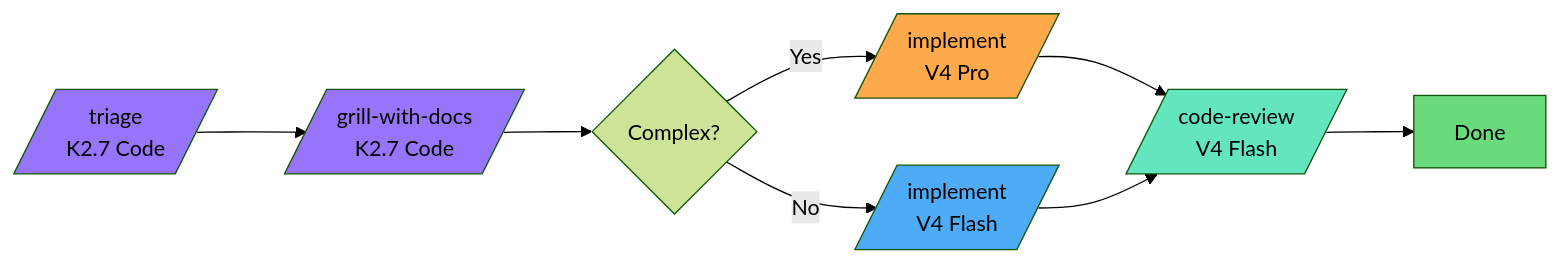
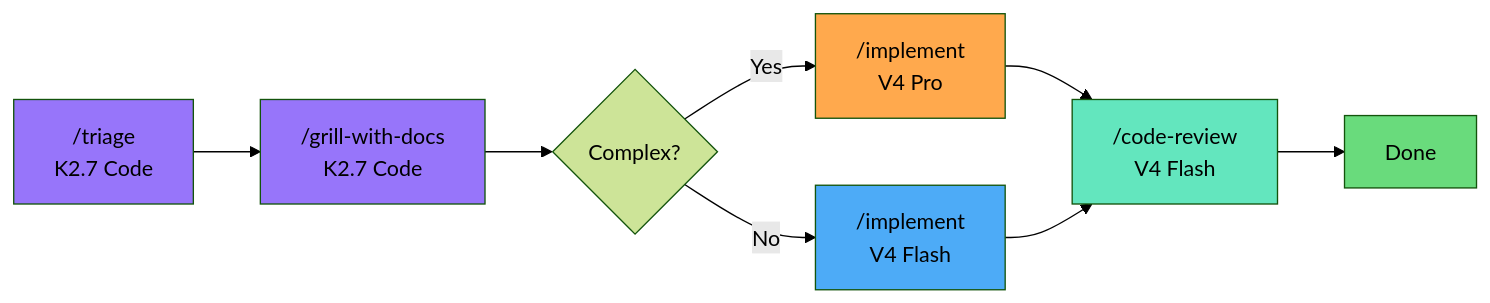
The second of 5 diagrams in README.md (elisharkray1030/ai-coding-workflow), drawn with Mermaid (forest theme) before and after one commit. The commit also changed other lines of this file, not shown here.

````diff
--- a/README.md
+++ b/README.md
@@ -46,22 +46,22 @@
 ```mermaid
 graph LR
-    TR[/triage<br/>K2.7 Code/] --> IN[/grill-with-docs<br/>K2.7 Code/]
+    TR[ /triage<br/>K2.7 Code] --> IN[ /grill-with-docs<br/>K2.7 Code]
     IN --> D{Complex?}
-    D -->|Yes| IC[/implement<br/>V4 Pro/]
-    D -->|No| IS[/implement<br/>V4 Flash/]
-    IC --> CR[/code-review<br/>V4 Flash/]
+    D -->|Yes| IC[ /implement<br/>V4 Pro]
+    D -->|No| IS[ /implement<br/>V4 Flash]
+    IC --> CR[ /code-review<br/>V4 Flash]
     IS --> CR
     CR --> DN[Done]
 
     classDef purple fill:#9775fa,color:#000
     classDef green fill:#69db7c,color:#000
     classDef blue fill:#4dabf7,color:#000
     classDef orange fill:#ffa94d,color:#000
     classDef teal fill:#63e6be,color:#000
 
     class TR,IN purple
     class IS blue
     class IC orange
     class CR teal
     class DN green
 ```
````
